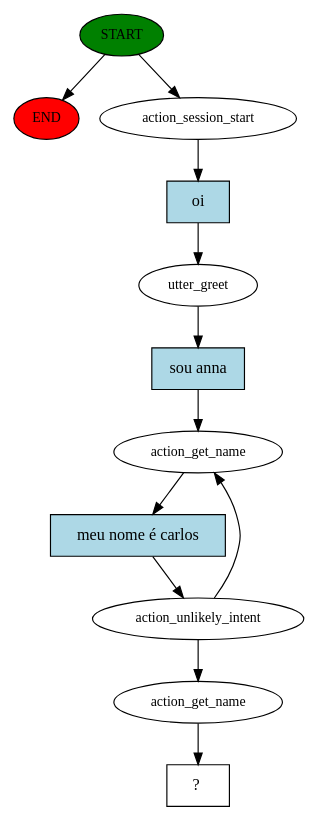
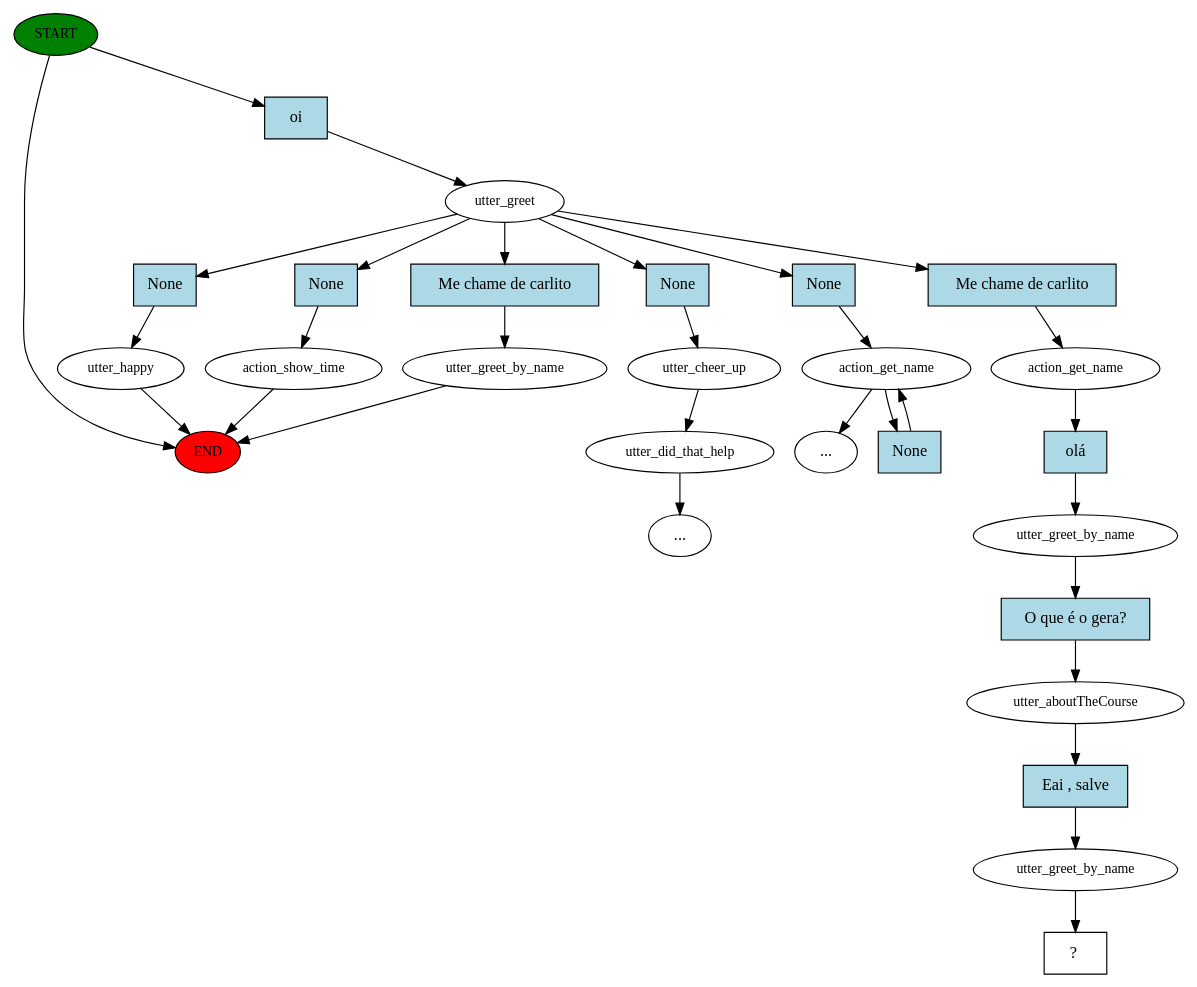
One commit to NatanSomeone/RASA-DGP2022 changed the diagram in DGP-2022/story_graph.dot. Above: the diagram before and after it, drawn with Graphviz. The commit also changed 3 other files, not shown here.

```diff
--- a/DGP-2022/story_graph.dot
+++ b/DGP-2022/story_graph.dot
@@ -1,24 +1,59 @@
 digraph  {
 0 [class="start active", fillcolor=green, fontsize=12, label=START, style=filled];
 "-1" [class=end, fillcolor=red, fontsize=12, label=END, style=filled];
-1 [class=active, fontsize=12, label=action_session_start];
-2 [class=active, fontsize=12, label=utter_greet];
-3 [class=active, fontsize=12, label=action_get_name];
-4 [class=active, fontsize=12, label=action_unlikely_intent];
-7 [class=active, fontsize=12, label=action_get_name];
-8 [class="intent dashed active", label="  ?  ", shape=rect];
-9 [class="intent active", fillcolor=lightblue, label=oi, shape=rect, style=filled];
-10 [class="intent active", fillcolor=lightblue, label="sou anna", shape=rect, style=filled];
-11 [class="intent active", fillcolor=lightblue, label="meu nome é carlos", shape=rect, style=filled];
+1 [class=active, fontsize=12, label=utter_greet];
+2 [class="", fontsize=12, label=utter_happy];
+4 [class="", fontsize=12, label=utter_cheer_up];
+5 [class="", fontsize=12, label=utter_did_that_help];
+"-4" [class=ellipsis, label="..."];
+10 [class="", fontsize=12, label=action_show_time];
+12 [class="", fontsize=12, label=action_get_name];
+"-5" [class=ellipsis, label="..."];
+15 [class="", fontsize=12, label=utter_greet_by_name];
+17 [class=active, fontsize=12, label=action_get_name];
+18 [class=active, fontsize=12, label=utter_greet_by_name];
+19 [class=active, fontsize=12, label=utter_aboutTheCourse];
+20 [class=active, fontsize=12, label=utter_greet_by_name];
+21 [class="intent dashed active", label="  ?  ", shape=rect];
+22 [class="intent active", fillcolor=lightblue, label=oi, shape=rect, style=filled];
+23 [class=intent, fillcolor=lightblue, label=None, shape=rect, style=filled];
+24 [class=intent, fillcolor=lightblue, label=None, shape=rect, style=filled];
+25 [class=intent, fillcolor=lightblue, label=None, shape=rect, style=filled];
+26 [class=intent, fillcolor=lightblue, label=None, shape=rect, style=filled];
+27 [class=intent, fillcolor=lightblue, label="Me chame de carlito", shape=rect, style=filled];
+28 [class="intent active", fillcolor=lightblue, label="Me chame de carlito", shape=rect, style=filled];
+29 [class=intent, fillcolor=lightblue, label=None, shape=rect, style=filled];
+30 [class="intent active", fillcolor=lightblue, label="olá", shape=rect, style=filled];
+31 [class="intent active", fillcolor=lightblue, label="O que é o gera?", shape=rect, style=filled];
+32 [class="intent active", fillcolor=lightblue, label="Eai , salve", shape=rect, style=filled];
 0 -> "-1"  [class="", key=NONE, label=""];
-0 -> 1  [class=active, key=NONE, label=""];
-1 -> 9  [class=active, key=0];
-2 -> 10  [class=active, key=0];
-3 -> 11  [class=active, key=0];
-4 -> 3  [class=active, key=NONE, label=""];
-4 -> 7  [class=active, key=NONE, label=""];
-7 -> 8  [class=active, key=NONE, label=""];
-9 -> 2  [class=active, key=0];
-10 -> 3  [class=active, key=0];
-11 -> 4  [class=active, key=0];
+0 -> 22  [class=active, key=0];
+1 -> 23  [class="", key=0];
+1 -> 24  [class="", key=0];
+1 -> 25  [class="", key=0];
+1 -> 26  [class="", key=0];
+1 -> 27  [class="", key=0];
+1 -> 28  [class=active, key=0];
+2 -> "-1"  [class="", key=NONE, label=""];
+4 -> 5  [class="", key=NONE, label=""];
+5 -> "-4"  [class="", key=NONE, label=""];
+10 -> "-1"  [class="", key=NONE, label=""];
+12 -> "-5"  [class="", key=NONE, label=""];
+12 -> 29  [class="", key=0];
+15 -> "-1"  [class="", key=NONE, label=""];
+17 -> 30  [class=active, key=0];
+18 -> 31  [class=active, key=0];
+19 -> 32  [class=active, key=0];
+20 -> 21  [class=active, key=NONE, label=""];
+22 -> 1  [class=active, key=0];
+23 -> 2  [class="", key=0];
+24 -> 4  [class="", key=0];
+25 -> 10  [class="", key=0];
+26 -> 12  [class="", key=0];
+27 -> 15  [class="", key=0];
+28 -> 17  [class=active, key=0];
+29 -> 12  [class="", key=0];
+30 -> 18  [class=active, key=0];
+31 -> 19  [class=active, key=0];
+32 -> 20  [class=active, key=0];
 }
```
